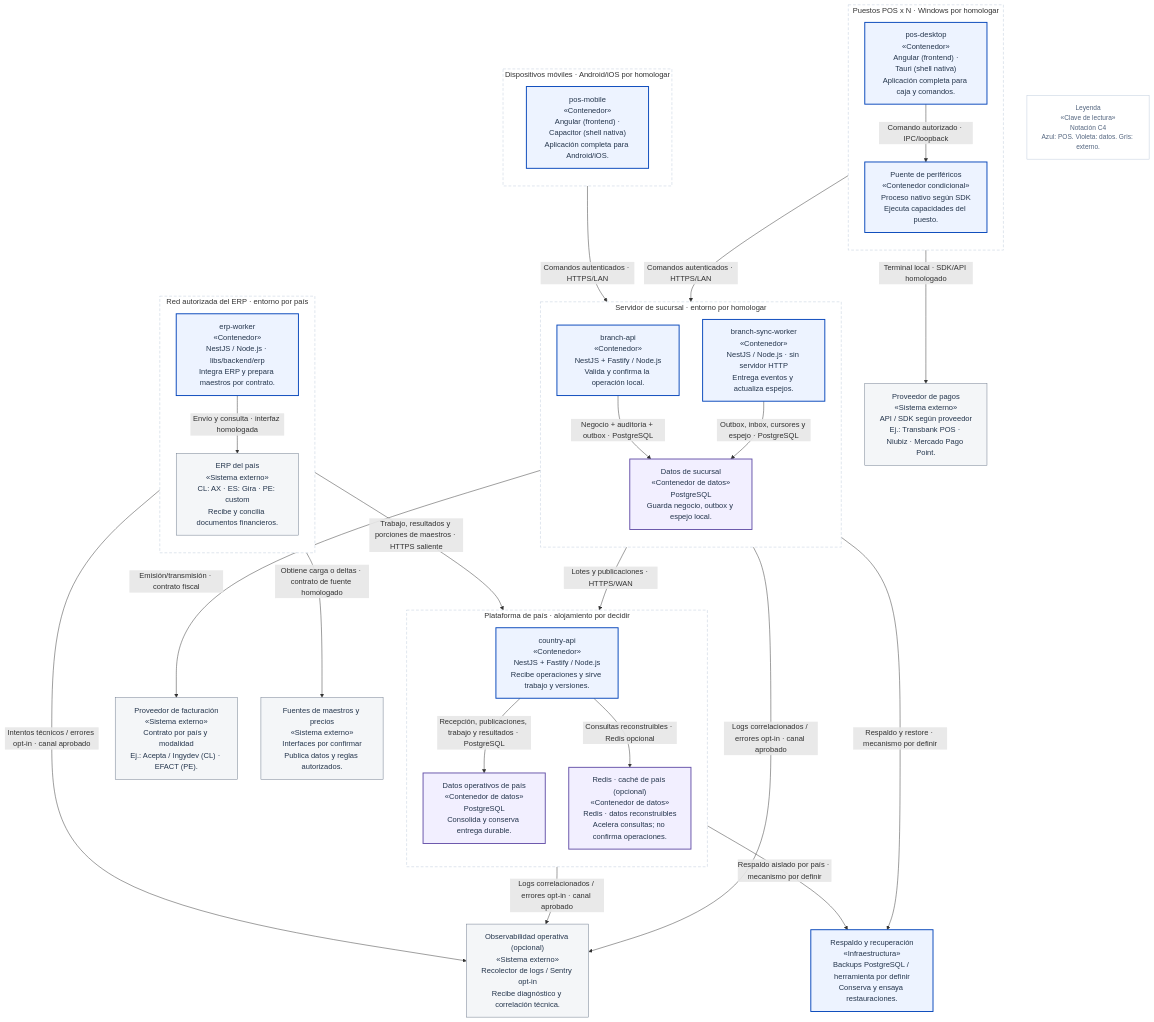
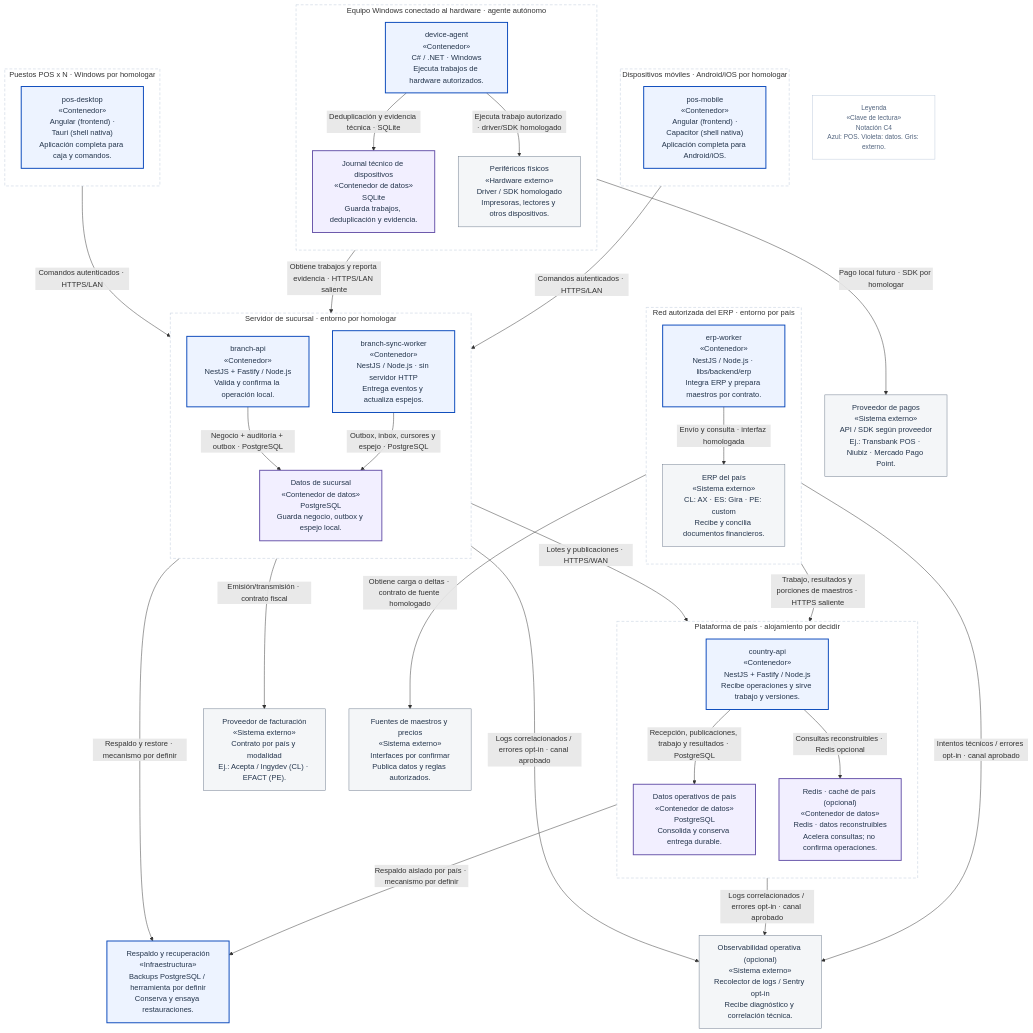
The diagram in docs/diagramas-excalidraw/mermaid/c4-deployment.mmd (developer-implementos/pos-docs), drawn with Mermaid before and after one commit. The commit also changed 94 other files, not shown here.

Commit message:
docs: define autonomous device agent across architecture and roadmap

```diff
--- a/docs/diagramas-excalidraw/mermaid/c4-deployment.mmd
+++ b/docs/diagramas-excalidraw/mermaid/c4-deployment.mmd
@@ -1,63 +1,71 @@
 flowchart TB
     accTitle: Complemento · Despliegue — Sucursal, país y red autorizada del ERP
-    accDescr: Perfil WAN: puestos y móviles usan el servidor de sucursal por LAN. País y red del ERP son entornos independientes, conectados mediante contratos autenticados. PostgreSQL conserva negocio y entrega durable. Country-api publica versiones; erp-worker prepara maestros mediante un contrato de origen y presupuesto aislados. Redis es caché opcional. Sin SQL WAN ni aplicación adicional.
+    accDescr: Perfil WAN: puestos y móviles usan el servidor de sucursal por LAN. País y red del ERP son entornos independientes, conectados mediante contratos autenticados. Siete aplicaciones objetivo; seis tienen base técnica o scaffold. device-agent y su journal SQLite son propuesta por implementar. PostgreSQL conserva el negocio; country-api publica versiones y erp-worker prepara maestros. Redis es caché opcional.
     subgraph terminalNode["Puestos POS x N · Windows por homologar"]
         direction TB
         client["pos-desktop<br/>«Contenedor»<br/>Angular (frontend) ·<br/>Tauri (shell nativa)<br/>Aplicación completa para caja y comandos."]:::pos
-        device["Puente de periféricos<br/>«Contenedor condicional»<br/>Proceso nativo según SDK<br/>Ejecuta capacidades del puesto."]:::pos
+    end
+    subgraph deviceHost["Equipo Windows conectado al hardware · agente autónomo"]
+        direction TB
+        device["device-agent<br/>«Contenedor»<br/>C# / .NET · Windows<br/>Ejecuta trabajos de hardware autorizados."]:::pos
+        deviceJournal["Journal técnico de dispositivos<br/>«Contenedor de datos»<br/>SQLite<br/>Guarda trabajos, deduplicación y evidencia."]:::store
+        peripherals["Periféricos físicos<br/>«Hardware externo»<br/>Driver / SDK homologado<br/>Impresoras, lectores y otros dispositivos."]:::external
     end
     subgraph mobileNode["Dispositivos móviles · Android/iOS por homologar"]
         direction TB
         mobileClient["pos-mobile<br/>«Contenedor»<br/>Angular (frontend) ·<br/>Capacitor (shell nativa)<br/>Aplicación completa para Android/iOS."]:::pos
     end
     subgraph serverNode["Servidor de sucursal · entorno por homologar"]
         direction TB
         branchApi["branch-api<br/>«Contenedor»<br/>NestJS + Fastify / Node.js<br/>Valida y confirma la operación local."]:::pos
         syncWorker["branch-sync-worker<br/>«Contenedor»<br/>NestJS / Node.js · sin servidor HTTP<br/>Entrega eventos y actualiza espejos."]:::pos
         branchDb["Datos de sucursal<br/>«Contenedor de datos»<br/>PostgreSQL<br/>Guarda negocio, outbox y espejo local."]:::store
     end
     subgraph countryNode["Plataforma de país · alojamiento por decidir"]
         direction TB
         countryApi["country-api<br/>«Contenedor»<br/>NestJS + Fastify / Node.js<br/>Recibe operaciones y sirve trabajo y versiones."]:::pos
         countryDb["Datos operativos de país<br/>«Contenedor de datos»<br/>PostgreSQL<br/>Consolida y conserva entrega durable."]:::store
         countryCache["Redis · caché de país (opcional)<br/>«Contenedor de datos»<br/>Redis · datos reconstruibles<br/>Acelera consultas; no confirma operaciones."]:::store
     end
     subgraph erpNode["Red autorizada del ERP · entorno por país"]
         direction TB
         erpAdapter["erp-worker<br/>«Contenedor»<br/>NestJS / Node.js · libs/backend/erp<br/>Integra ERP y prepara maestros por contrato."]:::pos
         erp["ERP del país<br/>«Sistema externo»<br/>CL: AX · ES: Gira · PE: custom<br/>Recibe y concilia documentos financieros."]:::external
     end
         payments["Proveedor de pagos<br/>«Sistema externo»<br/>API / SDK según proveedor<br/>Ej.: Transbank POS · Niubiz · Mercado Pago Point."]:::external
         fiscal["Proveedor de facturación<br/>«Sistema externo»<br/>Contrato por país y modalidad<br/>Ej.: Acepta / Ingydev (CL) · EFACT (PE)."]:::external
         backup["Respaldo y recuperación<br/>«Infraestructura»<br/>Backups PostgreSQL / herramienta por definir<br/>Conserva y ensaya restauraciones."]:::pos
         observability["Observabilidad operativa (opcional)<br/>«Sistema externo»<br/>Recolector de logs / Sentry opt-in<br/>Recibe diagnóstico y correlación técnica."]:::external
         masters["Fuentes de maestros y precios<br/>«Sistema externo»<br/>Interfaces por confirmar<br/>Publica datos y reglas autorizados."]:::external
         legend["Leyenda<br/>«Clave de lectura»<br/>Notación C4<br/>Azul: POS. Violeta: datos. Gris: externo."]:::key
     client -->|"Comandos autenticados · HTTPS/LAN"| branchApi
     mobileClient -->|"Comandos autenticados · HTTPS/LAN"| branchApi
-    client -->|"Comando autorizado · IPC/loopback"| device
+    device -->|"Obtiene trabajos y reporta evidencia · HTTPS/LAN saliente"| branchApi
     branchApi -->|"Negocio + auditoría + outbox · PostgreSQL"| branchDb
     syncWorker -->|"Outbox, inbox, cursores y espejo · PostgreSQL"| branchDb
     syncWorker -->|"Lotes y publicaciones · HTTPS/WAN"| countryApi
     countryApi -->|"Recepción, publicaciones, trabajo y resultados · PostgreSQL"| countryDb
     countryApi -->|"Consultas reconstruibles · Redis opcional"| countryCache
     erpAdapter -->|"Trabajo, resultados y porciones de maestros · HTTPS saliente"| countryApi
     erpAdapter -->|"Envío y consulta · interfaz homologada"| erp
-    device -->|"Terminal local · SDK/API homologado"| payments
+    device -->|"Pago local futuro · SDK por homologar"| payments
     branchApi -->|"Emisión/transmisión · contrato fiscal"| fiscal
     branchDb -->|"Respaldo y restore · mecanismo por definir"| backup
     countryDb -->|"Respaldo aislado por país · mecanismo por definir"| backup
     branchApi -->|"Logs correlacionados / errores opt-in · canal aprobado"| observability
     countryApi -->|"Logs correlacionados / errores opt-in · canal aprobado"| observability
     erpAdapter -->|"Intentos técnicos / errores opt-in · canal aprobado"| observability
     erpAdapter -->|"Obtiene carga o deltas · contrato de fuente homologado"| masters
+    device -->|"Deduplicación y evidencia técnica · SQLite"| deviceJournal
+    device -->|"Ejecuta trabajo autorizado · driver/SDK homologado"| peripherals
     classDef pos fill:#EDF3FF,stroke:#0545BA,color:#25364D,stroke-width:2px
     classDef store fill:#F2EFFF,stroke:#6551A8,color:#25364D,stroke-width:2px
     classDef external fill:#F4F6F8,stroke:#6B788A,color:#25364D
     classDef person fill:#18336D,stroke:#18336D,color:#FFFFFF
     classDef key fill:#FFFFFF,stroke:#BCC9DB,color:#53657F,font-size:14px
     style terminalNode fill:#FFFFFF,stroke:#BCC9DB,stroke-dasharray:6 4
     style mobileNode fill:#FFFFFF,stroke:#BCC9DB,stroke-dasharray:6 4
     style serverNode fill:#FFFFFF,stroke:#BCC9DB,stroke-dasharray:6 4
     style countryNode fill:#FFFFFF,stroke:#BCC9DB,stroke-dasharray:6 4
     style erpNode fill:#FFFFFF,stroke:#BCC9DB,stroke-dasharray:6 4
+    style deviceHost fill:#FFFFFF,stroke:#BCC9DB,stroke-dasharray:6 4
```
